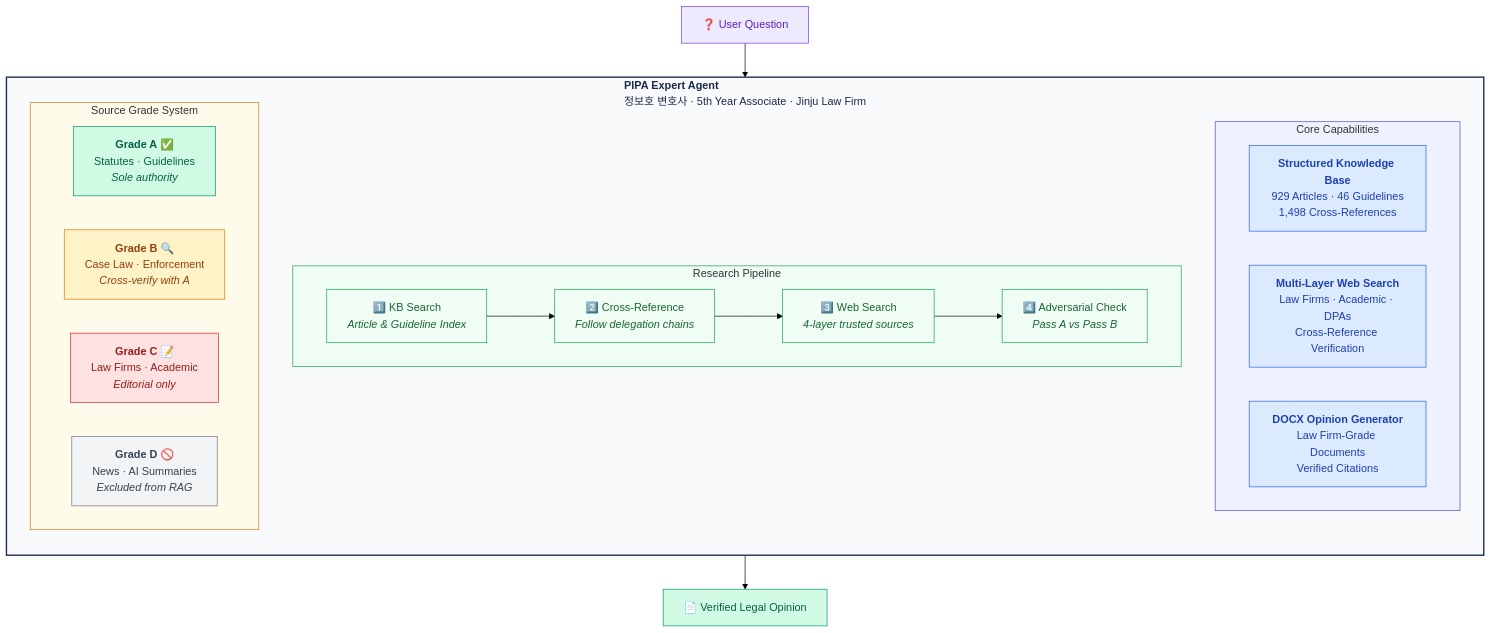
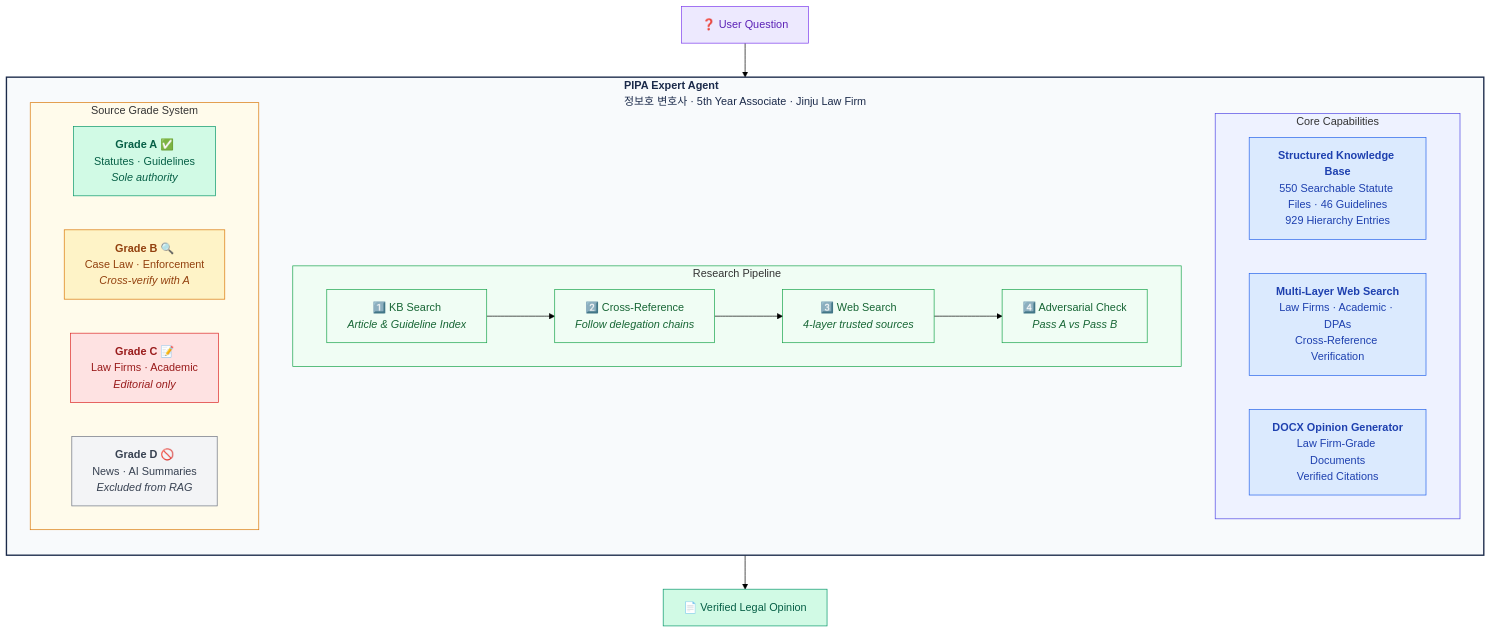
The first of 2 diagrams in README.md (kipeum86/PIPA-expert), drawn with Mermaid (forest theme) before and after one commit. The commit also changed other lines of this file and 411 other files, not shown here.

````diff
--- a/README.md
+++ b/README.md
@@ -48,51 +48,51 @@
 ```mermaid
 graph TB
     subgraph agent["<b>PIPA Expert Agent</b><br/>정보호 변호사 · 5th Year Associate · Jinju Law Firm"]
         direction TB
 
         subgraph core["Core Capabilities"]
             direction LR
-            KB["<b>Structured Knowledge Base</b><br/>929 Articles · 46 Guidelines<br/>1,498 Cross-References"]
+            KB["<b>Structured Knowledge Base</b><br/>550 Searchable Statute Files · 46 Guidelines<br/>929 Hierarchy Entries"]
             WS["<b>Multi-Layer Web Search</b><br/>Law Firms · Academic · DPAs<br/>Cross-Reference Verification"]
             DX["<b>DOCX Opinion Generator</b><br/>Law Firm-Grade Documents<br/>Verified Citations"]
         end
 
         subgraph pipeline["Research Pipeline"]
             direction LR
             S1["1️⃣ KB Search<br/><i>Article & Guideline Index</i>"]
             S2["2️⃣ Cross-Reference<br/><i>Follow delegation chains</i>"]
             S3["3️⃣ Web Search<br/><i>4-layer trusted sources</i>"]
             S4["4️⃣ Adversarial Check<br/><i>Pass A vs Pass B</i>"]
             S1 --> S2 --> S3 --> S4
         end
 
         subgraph grades["Source Grade System"]
             direction LR
             GA["<b>Grade A</b> ✅<br/>Statutes · Guidelines<br/><i>Sole authority</i>"]
             GB["<b>Grade B</b> 🔍<br/>Case Law · Enforcement<br/><i>Cross-verify with A</i>"]
             GC["<b>Grade C</b> 📝<br/>Law Firms · Academic<br/><i>Editorial only</i>"]
             GD["<b>Grade D</b> 🚫<br/>News · AI Summaries<br/><i>Excluded from RAG</i>"]
         end
     end
 
     Q["❓ User Question"] --> S1
     S4 --> O["📄 Verified Legal Opinion"]
 
     style agent fill:#f8fafc,stroke:#1B2A4A,stroke-width:2px,color:#1B2A4A
     style core fill:#eef2ff,stroke:#4f46e5,stroke-width:1px
     style pipeline fill:#f0fdf4,stroke:#16a34a,stroke-width:1px
     style grades fill:#fffbeb,stroke:#d97706,stroke-width:1px
     style KB fill:#dbeafe,stroke:#2563eb,color:#1e40af
     style WS fill:#dbeafe,stroke:#2563eb,color:#1e40af
     style DX fill:#dbeafe,stroke:#2563eb,color:#1e40af
     style GA fill:#d1fae5,stroke:#059669,color:#065f46
     style GB fill:#fef3c7,stroke:#d97706,color:#92400e
     style GC fill:#fee2e2,stroke:#dc2626,color:#991b1b
     style GD fill:#f3f4f6,stroke:#6b7280,color:#374151
     style Q fill:#ede9fe,stroke:#7c3aed,color:#5b21b6
     style O fill:#d1fae5,stroke:#059669,color:#065f46
     style S1 fill:#f0fdf4,stroke:#16a34a,color:#166534
     style S2 fill:#f0fdf4,stroke:#16a34a,color:#166534
     style S3 fill:#f0fdf4,stroke:#16a34a,color:#166534
     style S4 fill:#f0fdf4,stroke:#16a34a,color:#166534
 ```
````
